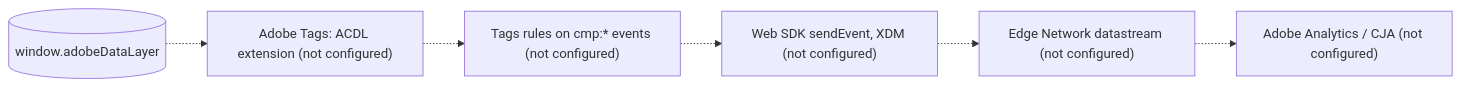
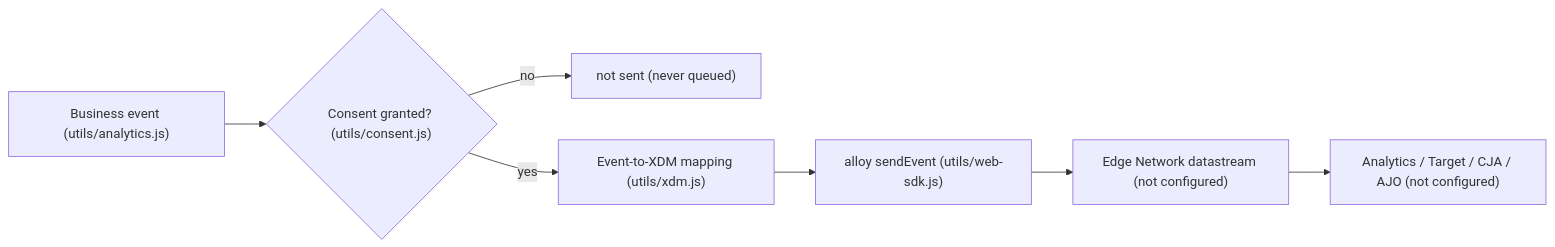
One commit to sradha-tcs/tcs-corp changed the second of 2 diagrams in docs/handover/knowledge-base/data-layer-and-analytics.md. Above: the diagram before and after it, drawn with Mermaid. The commit also changed other lines of this file and 78 other files, not shown here.

````diff
--- a/docs/handover/knowledge-base/data-layer-and-analytics.md
+++ b/docs/handover/knowledge-base/data-layer-and-analytics.md
@@ -240,8 +295,9 @@
 ```mermaid
 flowchart LR
-  DL[("window.adobeDataLayer")] -.-> ACDL["Adobe Tags: ACDL extension (not configured)"]
-  ACDL -.-> RULES["Tags rules on cmp:* events (not configured)"]
-  RULES -.-> SDK["Web SDK sendEvent, XDM (not configured)"]
-  SDK -.-> EDGE["Edge Network datastream (not configured)"]
-  EDGE -.-> AN["Adobe Analytics / CJA (not configured)"]
+  EV["Business event (utils/analytics.js)"] --> CONS{"Consent granted? (utils/consent.js)"}
+  CONS -- no --> DROP["not sent (never queued)"]
+  CONS -- yes --> MAP["Event-to-XDM mapping (utils/xdm.js)"]
+  MAP --> SDK["alloy sendEvent (utils/web-sdk.js)"]
+  SDK --> EDGE["Edge Network datastream (not configured)"]
+  EDGE --> DEST["Analytics / Target / CJA / AJO (not configured)"]
 ```
````
